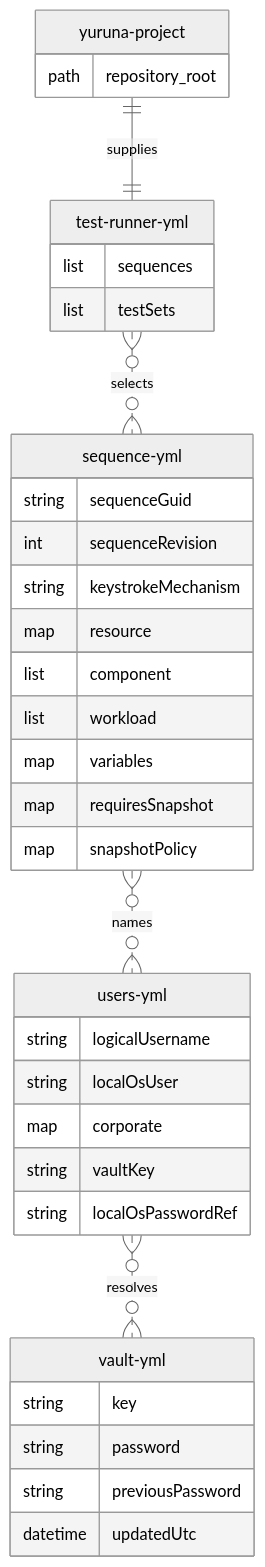
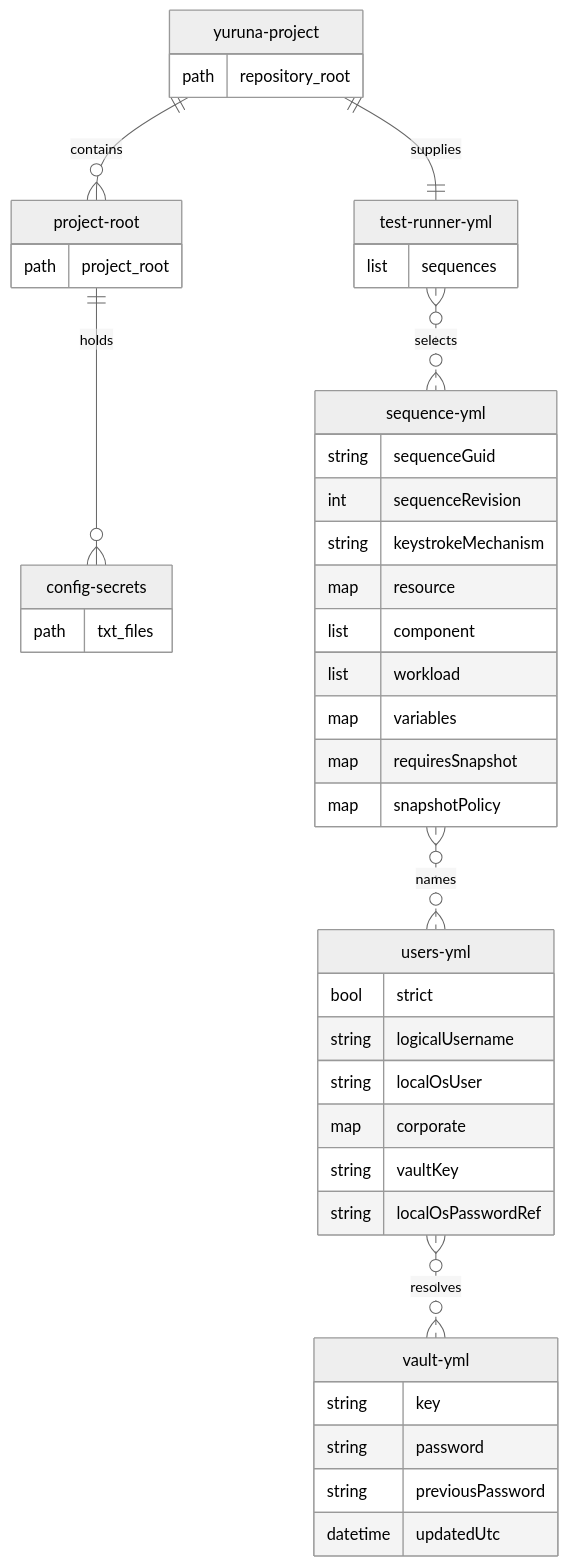
The second of 2 diagrams in docs/design/05-data-model.md (alissonsol/yuruna), drawn with Mermaid (neutral theme) before and after one commit. The commit also changed other lines of this file and 1304 other files, not shown here.

````diff
--- a/docs/design/05-data-model.md
+++ b/docs/design/05-data-model.md
@@ -114,38 +119,47 @@
 ```mermaid
 erDiagram
+    yuruna-project ||--o{ project-root : contains
+    %% optional: the validator accepts secret text files in either config location.
+    project-root ||--o{ config-secrets : holds
     yuruna-project ||--|| test-runner-yml : supplies
     test-runner-yml }o..o{ sequence-yml : selects
     sequence-yml }o..o{ users-yml : names
     users-yml }o..o{ vault-yml : resolves
     yuruna-project {
         path repository_root
     }
+    project-root {
+        path project_root
+    }
+    config-secrets {
+        path txt_files
+    }
     test-runner-yml {
         list sequences
-        list testSets
     }
     sequence-yml {
         string sequenceGuid
         int sequenceRevision
         string keystrokeMechanism
         map resource
         list component
         list workload
         map variables
         map requiresSnapshot
         map snapshotPolicy
     }
     users-yml {
+        bool strict
         string logicalUsername
         string localOsUser
         map corporate
         string vaultKey
         string localOsPasswordRef
     }
     vault-yml {
         string key
         string password
         string previousPassword
         datetime updatedUtc
     }
 ```
````
